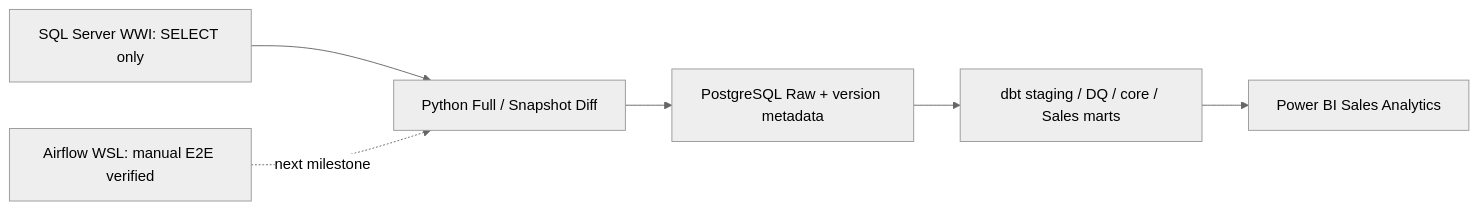
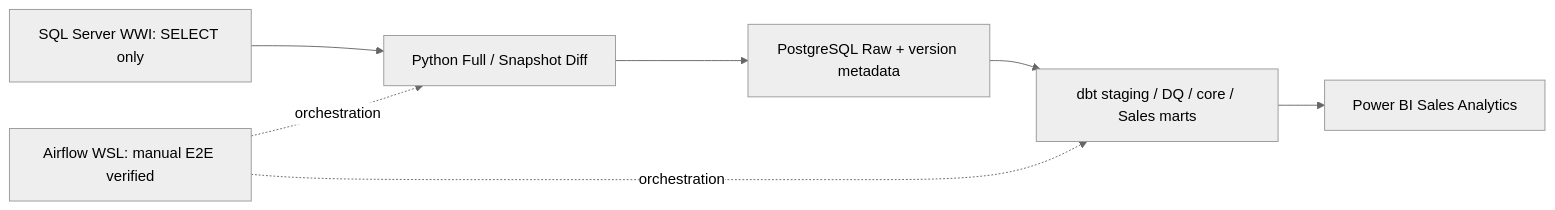
The diagram in README.md (Tphuonggggg/retail-data-platform), drawn with Mermaid (neutral theme) before and after one commit. The commit also changed other lines of this file and 1 other file, not shown here.

````diff
--- a/README.md
+++ b/README.md
@@ -5,8 +5,9 @@
 ```mermaid
 flowchart LR
   WWI[SQL Server WWI: SELECT only] --> PY[Python Full / Snapshot Diff]
   PY --> RAW[PostgreSQL Raw + version metadata]
   RAW --> DBT[dbt staging / DQ / core / Sales marts]
   DBT --> BI[Power BI Sales Analytics]
-  AF[Airflow WSL: manual E2E verified] -. next milestone .-> PY
+  AF[Airflow WSL: manual E2E verified] -. orchestration .-> PY
+  AF -. orchestration .-> DBT
 ```
````
